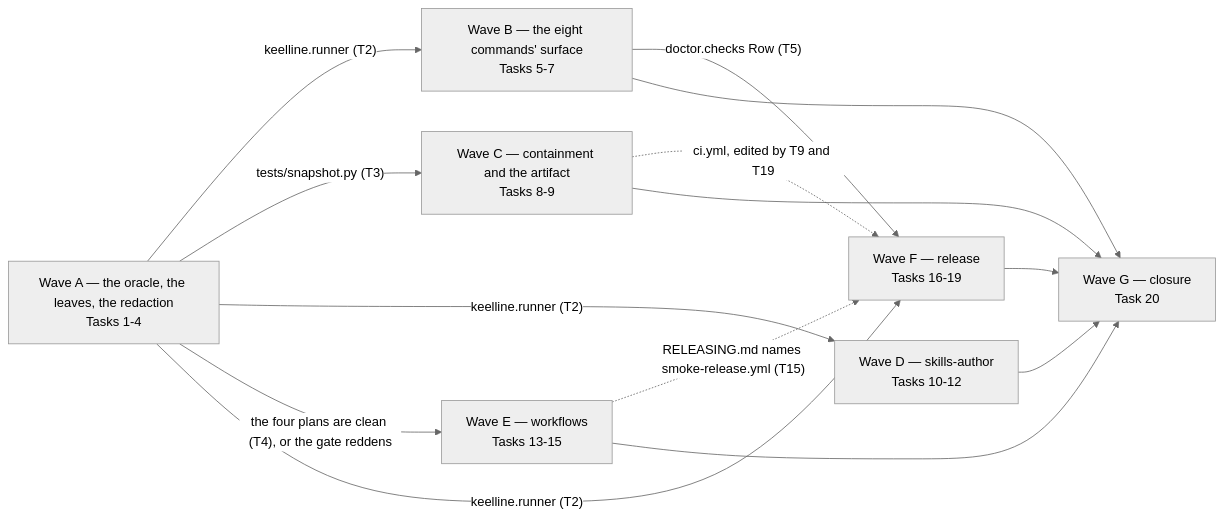
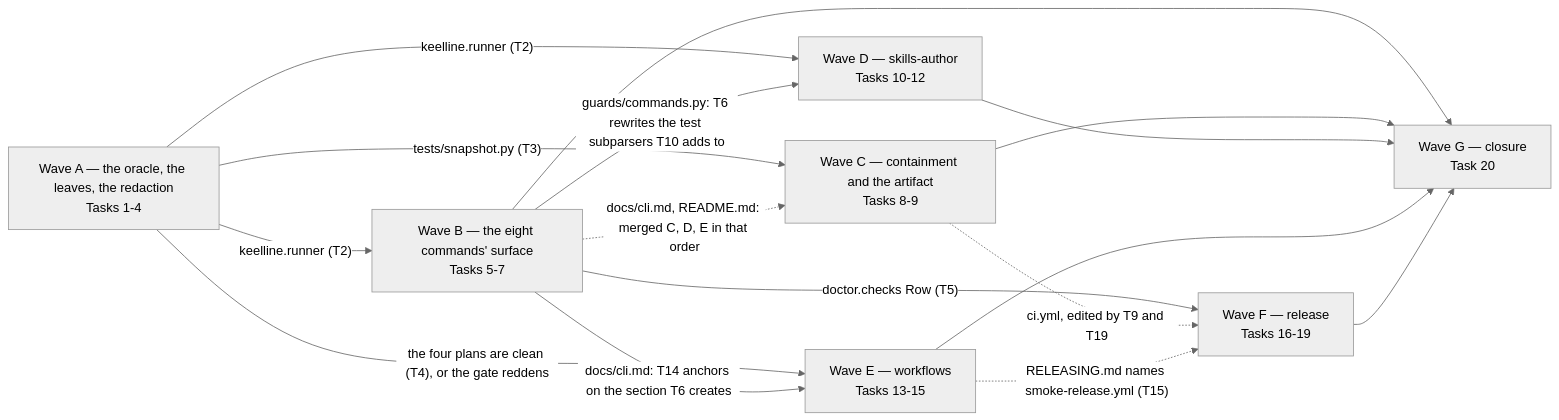
The diagram in docs/plans/2026-09-19-wave-3-closure.md (Nezhinskiy/keelline), drawn with Mermaid (neutral theme) before and after one commit. The commit also changed other lines of this file, not shown here.

````diff
--- a/docs/plans/2026-09-19-wave-3-closure.md
+++ b/docs/plans/2026-09-19-wave-3-closure.md
@@ -209,23 +209,25 @@
 ```mermaid
 graph LR
   A["Wave A — the oracle, the leaves, the redaction<br/>Tasks 1-4"]
   B["Wave B — the eight commands' surface<br/>Tasks 5-7"]
   C["Wave C — containment and the artifact<br/>Tasks 8-9"]
   D["Wave D — skills-author<br/>Tasks 10-12"]
   E["Wave E — workflows<br/>Tasks 13-15"]
   F["Wave F — release<br/>Tasks 16-19"]
   G["Wave G — closure<br/>Task 20"]
   A -->|"keelline.runner (T2)"| B
   A -->|"tests/snapshot.py (T3)"| C
   A -->|"keelline.runner (T2)"| D
   A -->|"the four plans are clean (T4), or the gate reddens"| E
+  B -->|"guards/commands.py: T6 rewrites the test subparsers T10 adds to"| D
+  B -->|"docs/cli.md: T14 anchors on the section T6 creates"| E
+  B -.->|"docs/cli.md, README.md: merged C, D, E in that order"| C
   B -->|"doctor.checks Row (T5)"| F
-  A -->|"keelline.runner (T2)"| F
   C -.->|"ci.yml, edited by T9 and T19"| F
   E -.->|"RELEASING.md names smoke-release.yml (T15)"| F
   B --> G
   C --> G
   D --> G
   E --> G
   F --> G
 ```
````
